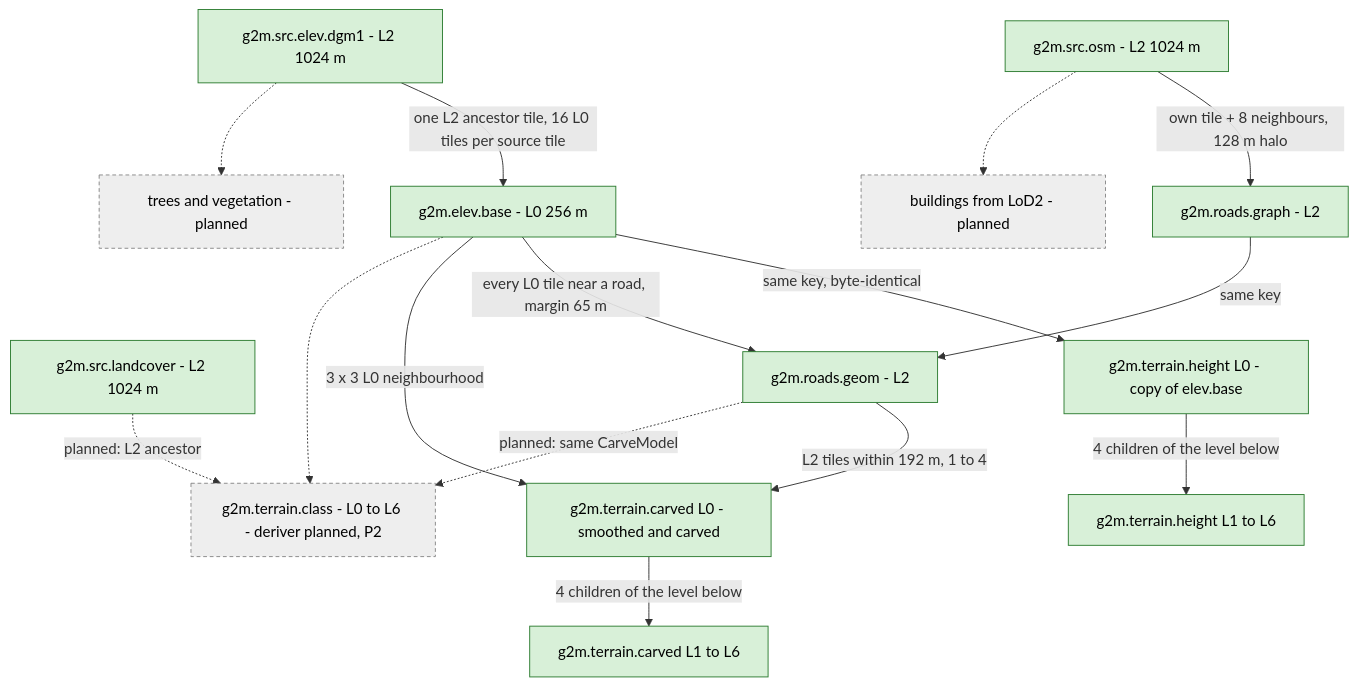
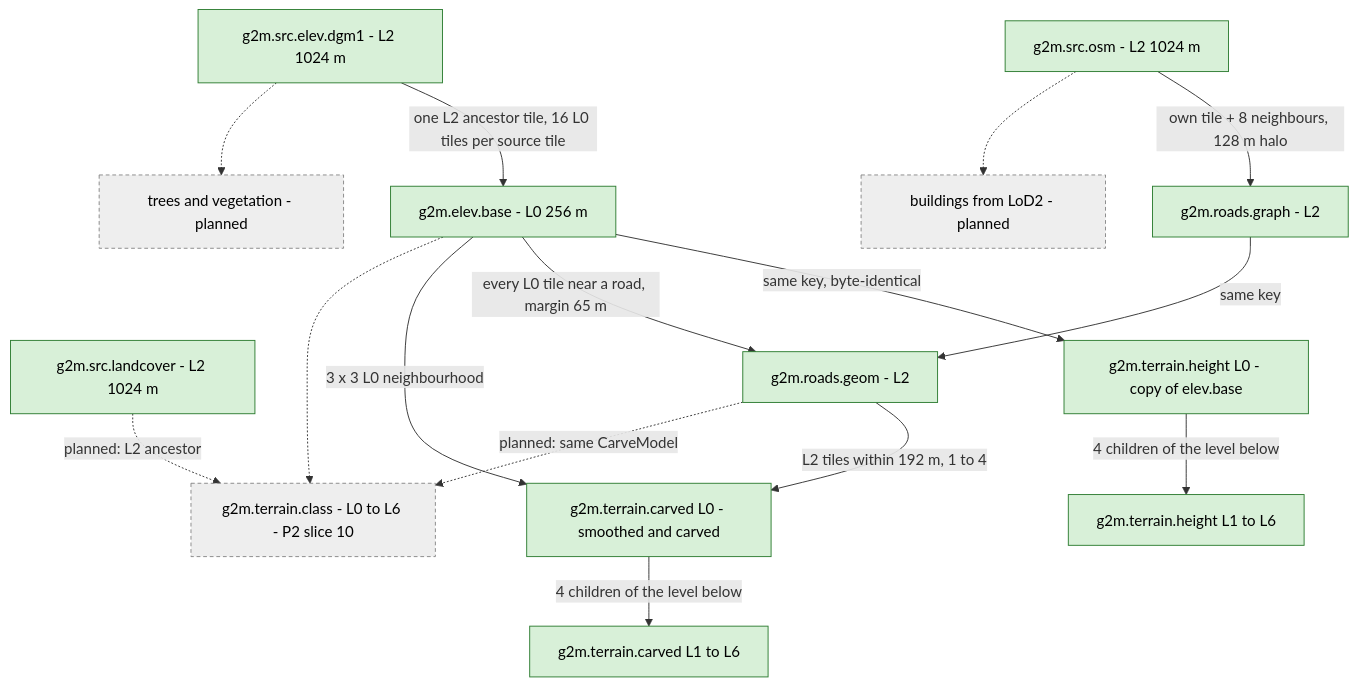
One commit to SebastianDanielFrenz/geo2map_engine changed the second of 4 diagrams in docs/pipeline/README.md. Above: the diagram before and after it, drawn with Mermaid. The commit also changed other lines of this file and 15 other files, not shown here.

First line of the commit message:
P2 slice 11: render ClassWindow from g2m.terrain.class (D62)

````diff
--- a/docs/pipeline/README.md
+++ b/docs/pipeline/README.md
@@ -164,36 +164,36 @@
 ```mermaid
 flowchart TD
   OSM["g2m.src.osm - L2 1024 m"]
   DEM["g2m.src.elev.dgm1 - L2 1024 m"]
   LC["g2m.src.landcover - L2 1024 m"]
   EB["g2m.elev.base - L0 256 m"]
   H0["g2m.terrain.height L0 - copy of elev.base"]
   H1["g2m.terrain.height L1 to L6"]
   RG["g2m.roads.graph - L2"]
   RM["g2m.roads.geom - L2"]
-  TC["g2m.terrain.class - L0 to L6 - deriver planned, P2"]
+  TC["g2m.terrain.class - L0 to L6 - P2 slice 10"]
   CARVE["g2m.terrain.carved L0 - smoothed and carved"]
   CARVE1["g2m.terrain.carved L1 to L6"]
   BLD["buildings from LoD2 - planned"]
   TRE["trees and vegetation - planned"]
 
   DEM -->|"one L2 ancestor tile, 16 L0 tiles per source tile"| EB
   EB -->|"same key, byte-identical"| H0
   H0 -->|"4 children of the level below"| H1
   OSM -->|"own tile + 8 neighbours, 128 m halo"| RG
   RG -->|"same key"| RM
   EB -->|"every L0 tile near a road, margin 65 m"| RM
   LC -.->|"planned: L2 ancestor"| TC
   RM -->|"L2 tiles within 192 m, 1 to 4"| CARVE
   EB -->|"3 x 3 L0 neighbourhood"| CARVE
   CARVE -->|"4 children of the level below"| CARVE1
   RM -.->|"planned: same CarveModel"| TC
   EB -.-> TC
   OSM -.-> BLD
   DEM -.-> TRE
 
   classDef done fill:#d8f0d8,stroke:#2e7d32,color:#000;
   classDef plan fill:#eeeeee,stroke:#888888,stroke-dasharray:4 3,color:#000;
   class OSM,DEM,LC,EB,H0,H1,RG,RM,CARVE,CARVE1 done;
   class TC,BLD,TRE plan;
 ```
````
